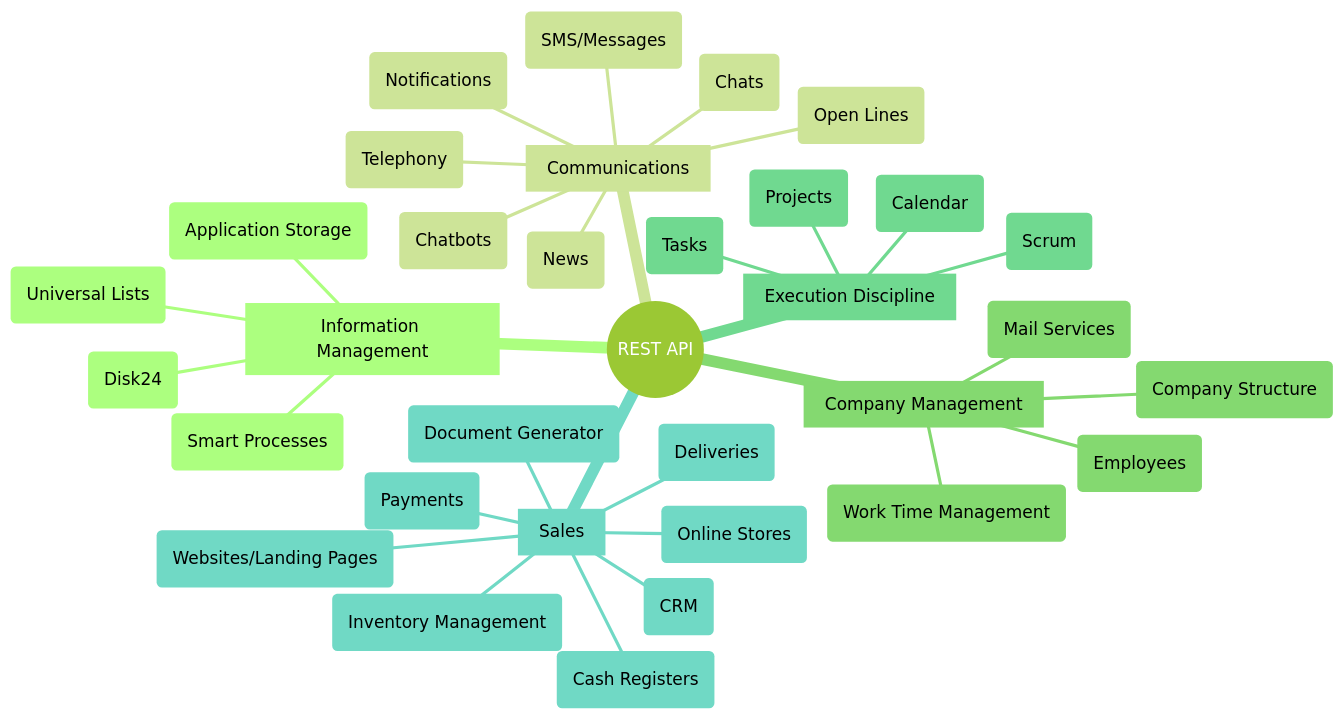
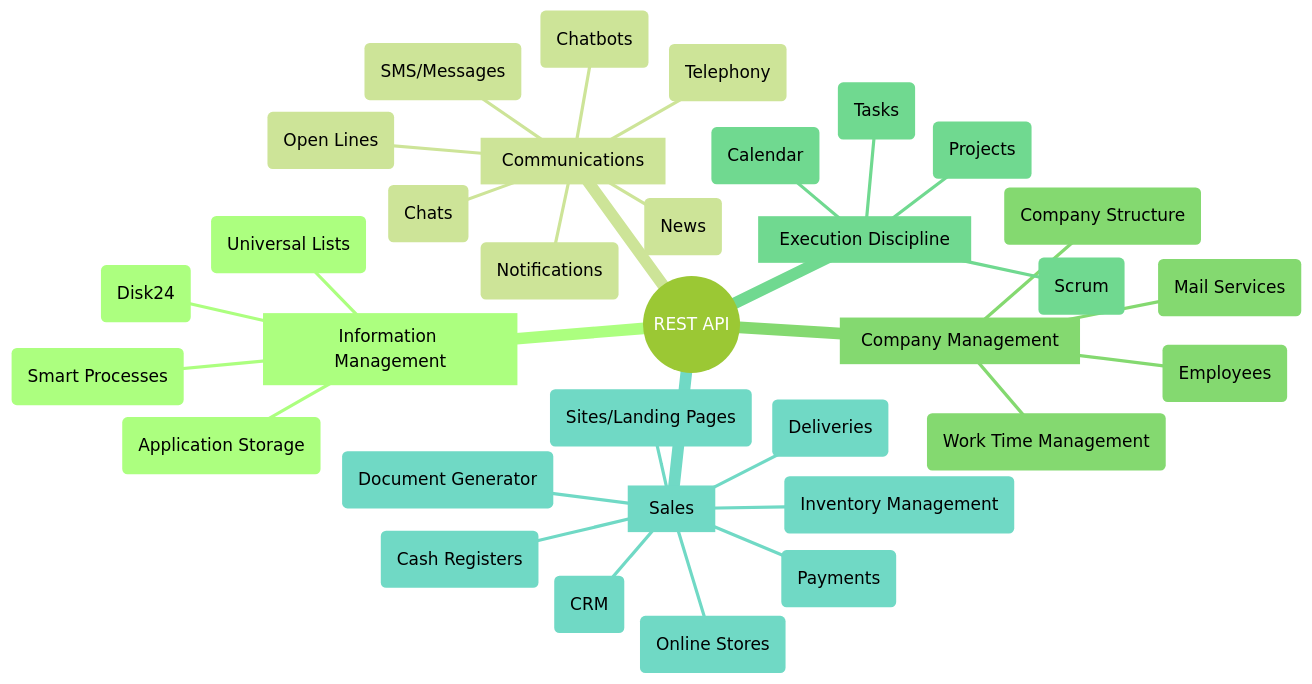
One commit to bitrix24/b24restdocs changed the diagram in api-reference/index.md. Above: the diagram before and after it, drawn with Mermaid. The commit also changed other lines of this file and 21 other files, not shown here.

````diff
--- a/api-reference/index.md
+++ b/api-reference/index.md
@@ -7,37 +7,37 @@
 ```mermaid
 %%{init: { "theme": "forest" } }%%
 mindmap
 ((REST API))
     [Information Management]
         (Disk24)
         (Application Storage)
         (Smart Processes)
         (Universal Lists)
     [Communications]
         (Telephony)
         (Chats)
         (Chatbots)
         (SMS/Messages)
         (Notifications)
         (News)
         (Open Lines)
     [Company Management]
         (Employees)
         (Work Time Management)
         (Company Structure)
         (Mail Services)
     [Execution Discipline]
         (Projects)
         (Scrum)
         (Calendar)
         (Tasks)
     [Sales]
         (CRM)
         (Inventory Management)
         (Payments)
         (Deliveries)
         (Cash Registers)
         (Online Stores)
-        (Websites/Landing Pages)
+        (Sites/Landing Pages)
         (Document Generator)
 ```
````
